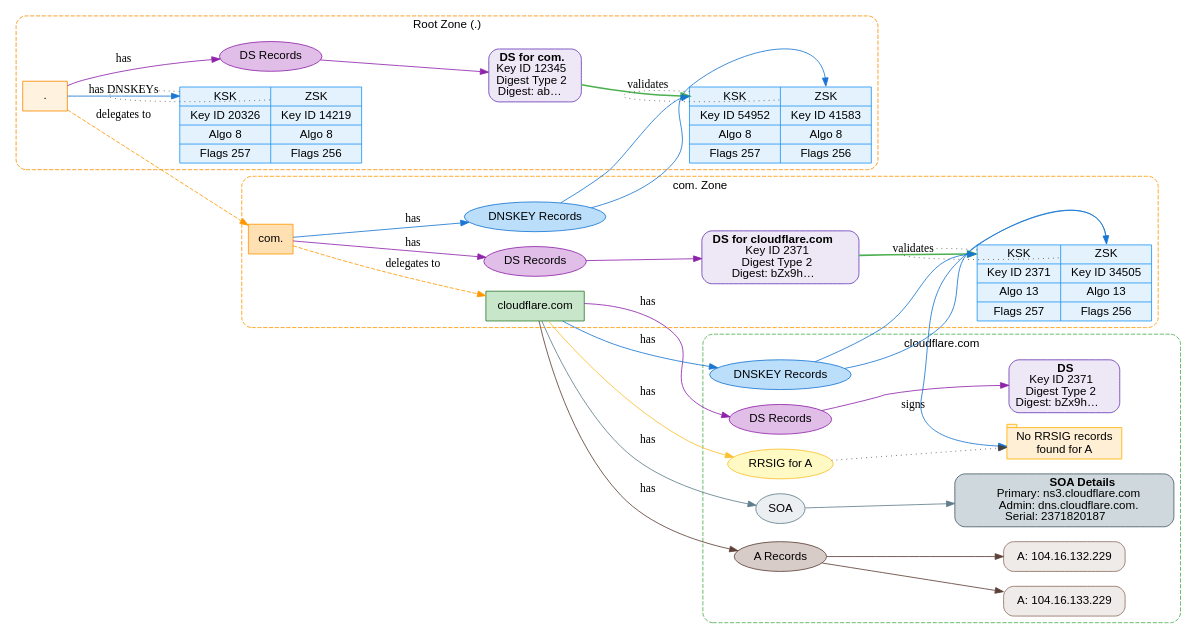
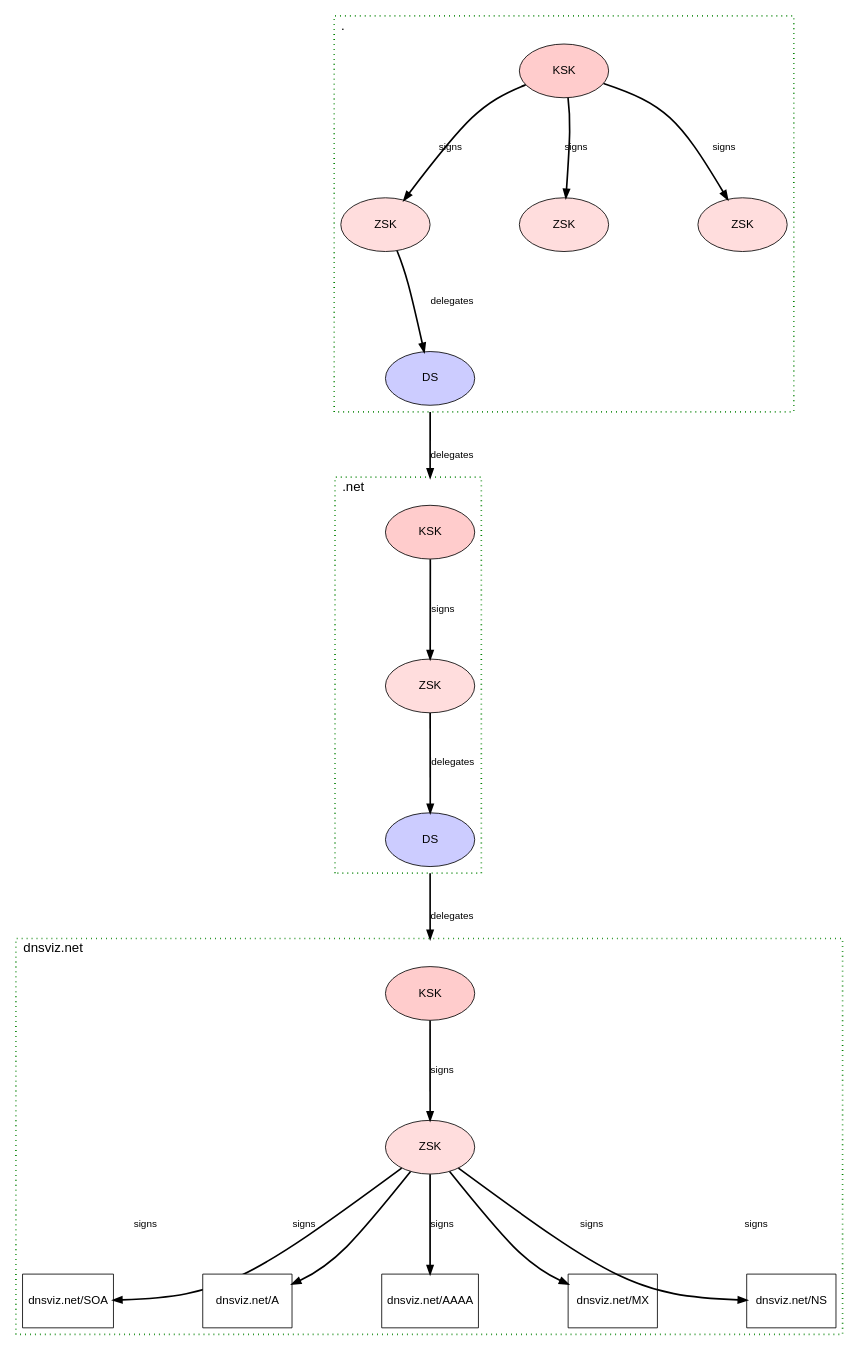
Before and after one commit to ahmadW74/cautious-chainsaw: the diagram in src/examplegraph.dot, drawn with Graphviz.

```diff
--- a/src/examplegraph.dot
+++ b/src/examplegraph.dot
@@ -1,128 +1,107 @@
-digraph DNSSEC_Chain_of_Trust {
-    rankdir=LR
-    fontname="Helvetica"
-    node [fontname="Helvetica", style=filled]
+digraph DNS_Hierarchy {
+    rankdir=TB;
+    compound=true;
+    splines=curved;
+    nodesep=1.5;
+    ranksep=1.5;
 
-    /*****************  ROOT ZONE  *****************/
-    subgraph cluster_root {
-        label="Root Zone (.)"
-        style="rounded,dashed"
-        color="#FB8C00"
+    // default styling
+    node [
+        shape=ellipse,
+        style=filled,
+        fontname="Arial",
+        fontsize=14,
+        fontweight="bold",
+        width=1.5,
+        height=0.9
+    ];
+    edge [
+        color=black,
+        penwidth=2,
+        fontname="Arial",
+        fontsize=12,
+        fontweight="bold"
+    ];
 
-        root_apex [label=".", shape=rect, fillcolor="#FFF3E0", color="#FB8C00"]
+    // -------- ROOT ZONE (.) --------
+    subgraph cluster_top {
+        label=".";
+        labelloc=t;
+        labeljust=l;
+        fontname="Arial";
+        fontsize=16;
+        fontweight="bold";
+        style=dotted;
+        penwidth=2;
+        color=green;
+        fillcolor="#e6ffe6";
 
-        /* Root key set (trust anchor) */
-        root_keyset [shape=record, fillcolor="#E3F2FD", color="#2196F3",
-            label="{ {<ksk> KSK | Key ID 20326 | Algo 8 | Flags 257 } | {<zsk> ZSK | Key ID 14219 | Algo 8 | Flags 256 } }"]
+        root [label="KSK", fillcolor="#ffcccc"];
+        dns1 [label="ZSK", fillcolor="#ffdddd"];
+        dns2 [label="ZSK", fillcolor="#ffdddd"];
+        dns3 [label="ZSK", fillcolor="#ffdddd"];
+        ds1  [label="DS",  fillcolor="#ccccff"];
 
-        /* Root DS RRset and the DS for com. */
-        root_ds_rrset [label="DS Records", shape=ellipse, fillcolor="#E1BEE7", color="#8E24AA"]
-        ds_for_com    [label=< <b>DS for com.</b><br/>Key ID 12345<br/>Digest Type 2<br/>Digest: ab… >,
-                       shape=box, style="rounded,filled",
-                       fillcolor="#EDE7F6", color="#673AB7"]
-
-        /* Internal edges */
-        root_apex      -> root_keyset:ksk [label="has DNSKEYs", color="#1976D2"]
-        root_apex      -> root_ds_rrset   [label="has", color="#8E24AA"]
-        root_ds_rrset  -> ds_for_com      [color="#8E24AA"]
-        ds_for_com     -> com_keyset:ksk  [label="validates", color="#4CAF50", penwidth=2]
-        root_keyset:ksk -> root_keyset:zsk [style=dotted, arrowhead=none, color="#424242"]
+        root -> dns1 [label="signs"];
+        root -> dns2 [label="signs"];
+        root -> dns3 [label="signs"];
+        dns1 -> ds1  [label="delegates"];
     }
 
-    /*****************  COM ZONE  *****************/
-    subgraph cluster_com {
-        label="com. Zone"
-        style="rounded,dashed"
-        color="#FF9800"
+    // connect root DS to .net KSK
+    ds1 -> middle_root [ltail=cluster_top, lhead=cluster_middle, label="delegates"];
 
-        com_apex [label="com.", shape=rect, fillcolor="#FFE0B2", color="#FF9800"]
+    // -------- TLD ZONE (.net) --------
+    subgraph cluster_middle {
+        label=".net";
+        labelloc=t;
+        labeljust=l;
+        fontname="Arial";
+        fontsize=16;
+        fontweight="bold";
+        style=dotted;
+        penwidth=2;
+        color=green;
+        fillcolor="#e6ffe6";
 
-        /* com. key set */
-        com_keyset [shape=record, fillcolor="#E3F2FD", color="#2196F3",
-            label="{ {<ksk> KSK | Key ID 54952 | Algo 8 | Flags 257 } | {<zsk> ZSK | Key ID 41583 | Algo 8 | Flags 256 } }"]
+        middle_root [label="KSK", fillcolor="#ffcccc"];
+        middle_dns  [label="ZSK", fillcolor="#ffdddd"];
+        ds2          [label="DS",  fillcolor="#ccccff"];
 
-        /* DNSKEY & DS RRsets */
-        com_dnskey_rrset [label="DNSKEY Records", shape=ellipse, fillcolor="#BBDEFB", color="#1976D2"]
-        com_ds_rrset     [label="DS Records",     shape=ellipse, fillcolor="#E1BEE7", color="#8E24AA"]
-        ds_for_cf        [label=< <b>DS for cloudflare.com</b><br/>Key ID 2371<br/>Digest Type 2<br/>Digest: bZx9h… >,
-                          shape=box, style="rounded,filled",
-                          fillcolor="#EDE7F6", color="#673AB7"]
-
-        /* Internal edges */
-        com_apex          -> com_dnskey_rrset          [label="has", color="#1976D2"]
-        com_dnskey_rrset  -> com_keyset:ksk            [color="#1976D2"]
-        com_dnskey_rrset  -> com_keyset:zsk            [color="#1976D2"]
-        com_keyset:ksk    -> com_keyset:zsk            [style=dotted, arrowhead=none, color="#424242"]
-
-        com_apex          -> com_ds_rrset              [label="has", color="#8E24AA"]
-        com_ds_rrset      -> ds_for_cf                 [color="#8E24AA"]
-        ds_for_cf         -> keyset_cf:ksk             [label="validates", color="#4CAF50", penwidth=2]
-
-        /* Delegation from com. downwards */
-        com_apex -> cf_domain [label="delegates to", color="#FF9800", style=dashed]
+        middle_root -> middle_dns [label="signs"];
+        middle_dns  -> ds2        [label="delegates"];
     }
 
-    /* Delegation from root down to com. */
-    root_apex -> com_apex [label="delegates to", color="#FF9800", style=dashed]
+    // connect .net DS to dnsviz.net KSK
+    ds2 -> bottom_root [ltail=cluster_middle, lhead=cluster_bottom, label="delegates"];
 
-    /*****************  CLOUDFLARE.COM ZONE  *****************/
-    subgraph cluster_cloudflare {
-        label="cloudflare.com"
-        style="rounded,dashed"
-        color="#4CAF50"
+    // -------- AUTHORITATIVE ZONE (dnsviz.net) --------
+    subgraph cluster_bottom {
+        label="dnsviz.net";
+        labelloc=t;
+        labeljust=l;
+        fontname="Arial";
+        fontsize=16;
+        fontweight="bold";
+        style=dotted;
+        penwidth=2;
+        color=green;
+        fillcolor="#e6ffe6";
 
-        cf_domain [label="cloudflare.com", shape=rect, fillcolor="#C8E6C9", color="#2E7D32"]
+        bottom_root [label="KSK", fillcolor="#ffcccc"];
+        bottom_dns  [label="ZSK", fillcolor="#ffdddd"];
 
-        /* DS side inside cloudflare.com (already validated in COM) */
-        ds_rrset_cf [label="DS Records", shape=ellipse, fillcolor="#E1BEE7", color="#8E24AA"]
-        ds_rr_cf    [label=< <b>DS</b><br/>Key ID 2371<br/>Digest Type 2<br/>Digest: bZx9h… >,
-                     shape=box, style="rounded,filled",
-                     fillcolor="#EDE7F6", color="#673AB7"]
+        soa   [label="dnsviz.net/SOA",   shape=rectangle, fillcolor=white];
+        a     [label="dnsviz.net/A",     shape=rectangle, fillcolor=white];
+        aaaa  [label="dnsviz.net/AAAA",  shape=rectangle, fillcolor=white];
+        mx    [label="dnsviz.net/MX",    shape=rectangle, fillcolor=white];
+        ns    [label="dnsviz.net/NS",    shape=rectangle, fillcolor=white];
 
-        /* Key set (KSK + ZSK in one node) */
-        keyset_cf [shape=record, fillcolor="#E3F2FD", color="#2196F3",
-                   label="{ {<ksk> KSK | Key ID 2371 | Algo 13 | Flags 257 } | {<zsk> ZSK | Key ID 34505 | Algo 13 | Flags 256 } }"]
-
-        /* Resource-record sets */
-        dnskey_cf [label="DNSKEY Records", shape=ellipse, fillcolor="#BBDEFB", color="#1976D2"]
-        rrsig_a        [label="RRSIG for A",    shape=ellipse, fillcolor="#FFF9C4", color="#FBC02D"]
-        soa_rr         [label="SOA",            shape=ellipse, fillcolor="#ECEFF1", color="#607D8B"]
-        a_rr           [label="A Records",      shape=ellipse, fillcolor="#D7CCC8", color="#5D4037"]
-
-        /* RR-detail boxes */
-        soa_details [label=<
-            <b>SOA Details</b><br/>
-            Primary: ns3.cloudflare.com<br/>
-            Admin: dns.cloudflare.com.<br/>
-            Serial: 2371820187
-        >, shape=box, style="rounded,filled", fillcolor="#CFD8DC", color="#455A64"]
-
-        a1 [label="A: 104.16.132.229", shape=box, style="rounded,filled", fillcolor="#EFEBE9", color="#8D6E63"]
-        a2 [label="A: 104.16.133.229", shape=box, style="rounded,filled", fillcolor="#EFEBE9", color="#8D6E63"]
-
-        /* Error/notice */
-        no_rrsig [label="No RRSIG records\nfound for A", shape=tab,
-                  style="rounded,filled", fillcolor="#FFEFD5", color="#FFB300"]
-
-        /* Internal edges */
-        cf_domain       -> ds_rrset_cf     [label="has", color="#8E24AA"]
-        ds_rrset_cf     -> ds_rr_cf        [color="#8E24AA"]
-
-        cf_domain       -> dnskey_cf       [label="has", color="#1976D2"]
-        dnskey_cf       -> keyset_cf:ksk   [color="#1976D2"]
-        dnskey_cf       -> keyset_cf:zsk   [color="#1976D2"]
-
-        keyset_cf:ksk   -> keyset_cf:zsk   [style=dotted, arrowhead=none, color="#424242"]
-
-        cf_domain       -> rrsig_a         [label="has", color="#FBC02D"]
-        cf_domain       -> soa_rr          [label="has", color="#607D8B"]
-        cf_domain       -> a_rr            [label="has", color="#5D4037"]
-
-        keyset_cf:zsk   -> no_rrsig        [label="signs", color="#1976D2"]
-        rrsig_a         -> no_rrsig        [style=dotted, color="#424242"]
-
-        soa_rr -> soa_details [color="#607D8B"]
-        a_rr   -> a1          [color="#5D4037"]
-        a_rr   -> a2          [color="#5D4037"]
+        bottom_root -> bottom_dns [label="signs"];
+        bottom_dns  -> soa        [label="signs"];
+        bottom_dns  -> a          [label="signs"];
+        bottom_dns  -> aaaa       [label="signs"];
+        bottom_dns  -> mx         [label="signs"];
+        bottom_dns  -> ns         [label="signs"];
     }
 }
```
